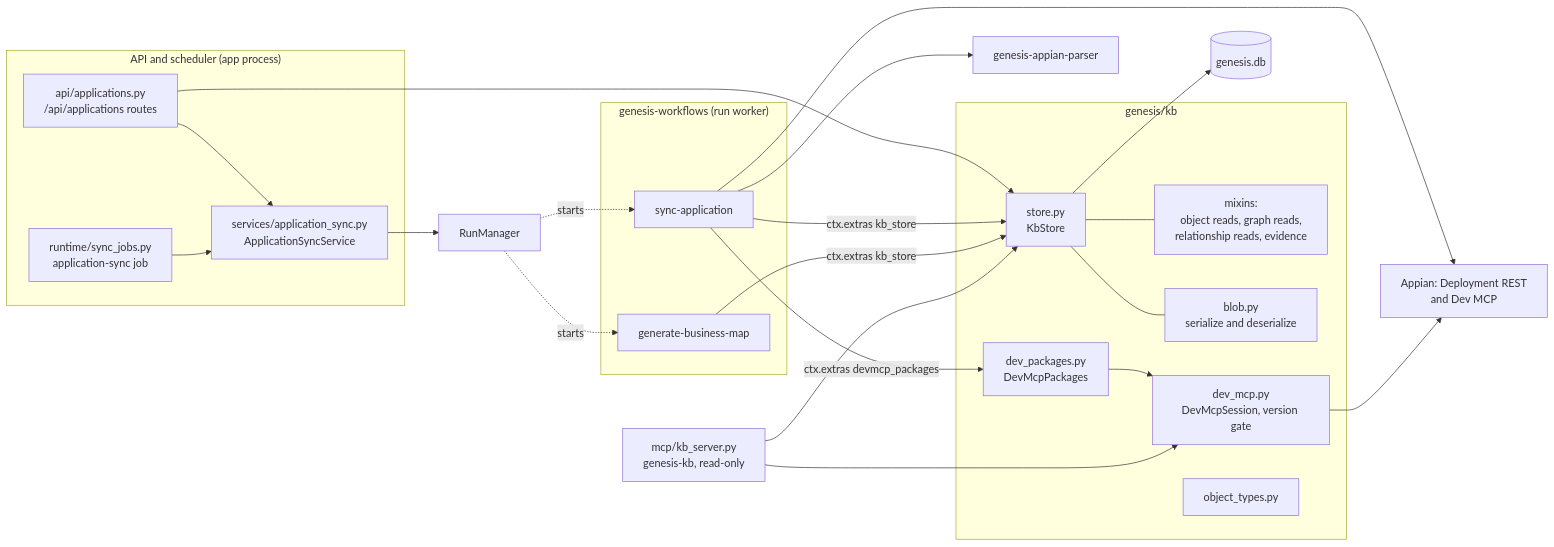
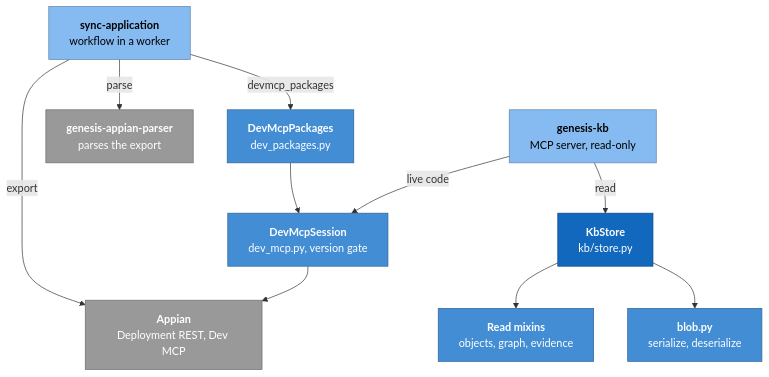
The second of 4 diagrams in genesis/architecture/modules/knowledge-base.md (ram-020998/project-tracker), drawn with Mermaid before and after one commit. The commit also changed other lines of this file and 24 other files, not shown here.

First line of the commit message:
architecture: rewrite all 86 Mermaid diagrams to one C4 style, each render-checked

````diff
--- a/genesis/architecture/modules/knowledge-base.md
+++ b/genesis/architecture/modules/knowledge-base.md
@@ -67,44 +96,29 @@
 ```mermaid
-flowchart LR
-    subgraph api["API and scheduler (app process)"]
-        routes["api/applications.py<br/>/api/applications routes"]
-        svc["services/application_sync.py<br/>ApplicationSyncService"]
-        jobs["runtime/sync_jobs.py<br/>application-sync job"]
-    end
-    subgraph kbpkg["genesis/kb"]
-        store["store.py<br/>KbStore"]
-        mix["mixins:<br/>object reads, graph reads,<br/>relationship reads, evidence"]
-        blob["blob.py<br/>serialize and deserialize"]
-        devmcp["dev_mcp.py<br/>DevMcpSession, version gate"]
-        pkgs["dev_packages.py<br/>DevMcpPackages"]
-        otypes["object_types.py"]
-    end
-    mcpsrv["mcp/kb_server.py<br/>genesis-kb, read-only"]
-    subgraph wf["genesis-workflows (run worker)"]
-        sync["sync-application"]
-        bmap["generate-business-map"]
-    end
-    runs["RunManager"]
-    parser["genesis-appian-parser"]
-    appian["Appian: Deployment REST<br/>and Dev MCP"]
-    db[("genesis.db")]
+flowchart TB
+    sync["<b>sync-application</b><br/>workflow in a worker"]:::proc
+    mcpsrv["<b>genesis-kb</b><br/>MCP server, read-only"]:::proc
 
-    routes --> svc
-    jobs --> svc
-    svc --> runs
-    runs -. "starts" .-> sync
-    runs -. "starts" .-> bmap
-    routes --> store
-    store --- mix
-    store --> db
-    sync -->|"ctx.extras kb_store"| store
-    bmap -->|"ctx.extras kb_store"| store
-    sync --> parser
-    sync --> appian
-    sync -->|"ctx.extras devmcp_packages"| pkgs
+    parser["<b>genesis-appian-parser</b><br/>parses the export"]:::ext
+    pkgs["<b>DevMcpPackages</b><br/>dev_packages.py"]:::comp
+    store["<b>KbStore</b><br/>kb/store.py"]:::core
+
+    devmcp["<b>DevMcpSession</b><br/>dev_mcp.py, version gate"]:::comp
+    mix["<b>Read mixins</b><br/>objects, graph, evidence"]:::comp
+    blob["<b>blob.py</b><br/>serialize, deserialize"]:::comp
+
+    appian["<b>Appian</b><br/>Deployment REST, Dev MCP"]:::ext
+
+    sync -- "parse" --> parser
+    sync -- "export" --> appian
+    sync -- "devmcp_packages" --> pkgs
     pkgs --> devmcp
+    mcpsrv -- "live code" --> devmcp
+    mcpsrv -- "read" --> store
     devmcp --> appian
-    mcpsrv --> store
-    mcpsrv --> devmcp
-    store --- blob
+    store --> mix & blob
+
+    classDef core fill:#1168bd,stroke:#0b4884,color:#ffffff
+    classDef comp fill:#438dd5,stroke:#2e6295,color:#ffffff
+    classDef proc fill:#85bbf0,stroke:#5d82a8,color:#000000
+    classDef ext fill:#999999,stroke:#6b6b6b,color:#ffffff
 ```
````
